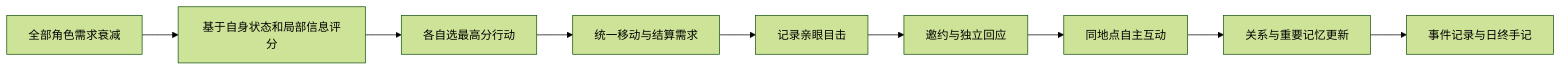
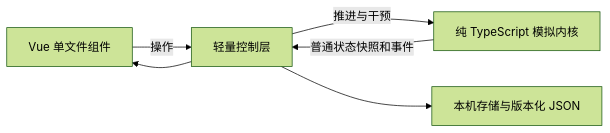
Before and after one commit to L8848-Li/VirtualCampus: the diagram in docs/ARCHITECTURE.md, drawn with Mermaid (forest theme). The commit also changed other lines of this file and 41 other files, not shown here.

````diff
--- a/docs/ARCHITECTURE.md
+++ b/docs/ARCHITECTURE.md
@@ -9,11 +5,8 @@
 ```mermaid
 flowchart LR
-  A[全部角色需求衰减] --> B[基于自身状态和局部信息评分]
-  B --> C[各自选最高分行动]
-  C --> D[统一移动与结算需求]
-  D --> E[记录亲眼目击]
-  E --> F[邀约与独立回应]
-  F --> G[同地点自主互动]
-  G --> H[关系与重要记忆更新]
-  H --> I[事件记录与日终手记]
+  UI[Vue 单文件组件] -->|操作| C[轻量控制层]
+  C -->|推进与干预| E[纯 TypeScript 模拟内核]
+  E -->|普通状态快照和事件| C
+  C --> UI
+  C --> S[本机存储与版本化 JSON]
 ```
````
